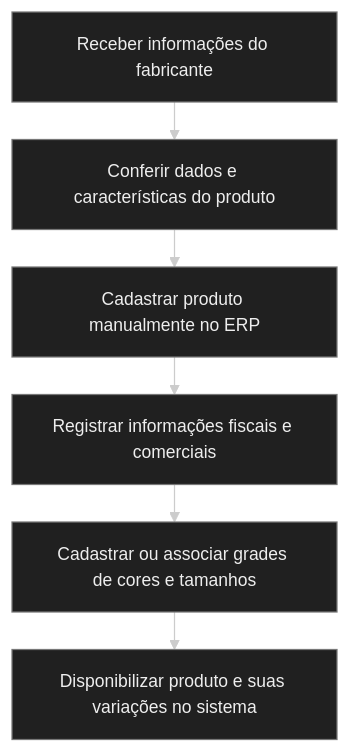
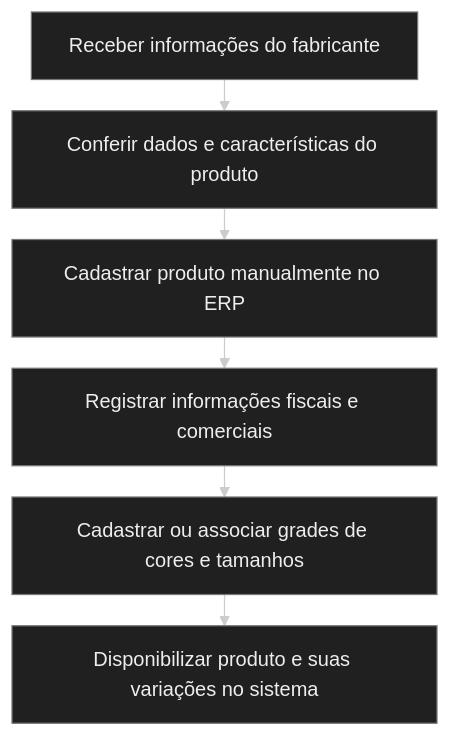
Before and after one commit to SamanthaPaula/Modelagem_BD_Ansarah: the first of 16 diagrams in README.md, drawn with Mermaid.

````diff
--- a/README.md
+++ b/README.md
@@ -102,11 +102,11 @@
 ```mermaid
-%%{init: {"theme": "base", "themeVariables": {"background": "#0d1117", "primaryColor": "#202020", "primaryTextColor": "#eeeeee", "primaryBorderColor": "#777777", "lineColor": "#cccccc", "fontFamily": "Arial", "fontSize": "14px"}, "flowchart": {"useMaxWidth": true, "nodeSpacing": 35, "rankSpacing": 30, "htmlLabels": true}}}%%
+%%{init: {"theme": "base", "themeVariables": {"background": "#0d1117", "primaryColor": "#202020", "primaryTextColor": "#eeeeee", "primaryBorderColor": "#777777", "lineColor": "#cccccc", "fontFamily": "Arial", "fontSize": "16px"}, "flowchart": {"useMaxWidth": true, "nodeSpacing": 20, "rankSpacing": 25, "wrappingWidth": 280}}}%%
 flowchart TD
     A["Receber informações do fabricante"] --> B["Conferir dados e características do produto"]
     B --> C["Cadastrar produto manualmente no ERP"]
     C --> D["Registrar informações fiscais e comerciais"]
     D --> E["Cadastrar ou associar grades de cores e tamanhos"]
     E --> F["Disponibilizar produto e suas variações no sistema"]
 
 
 ```
````
